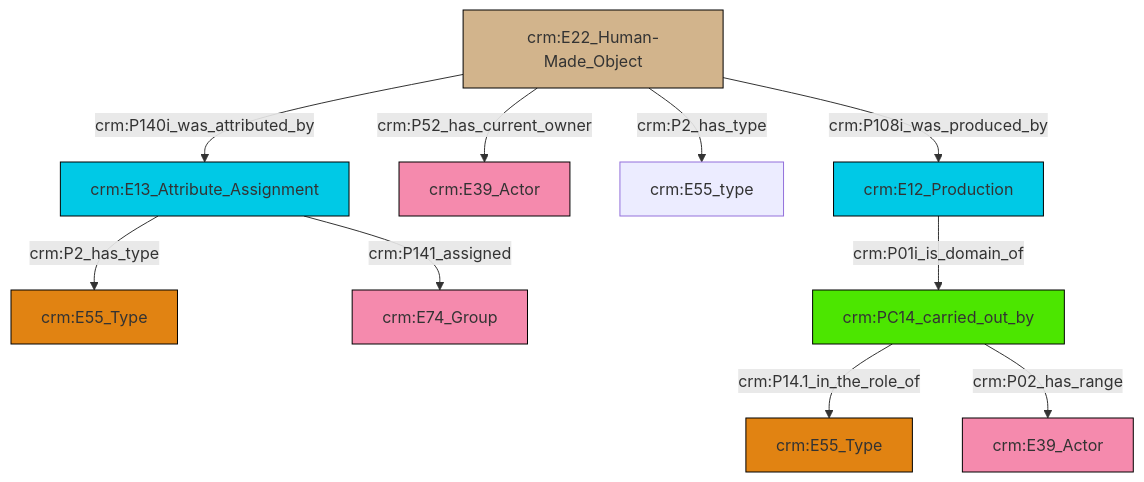
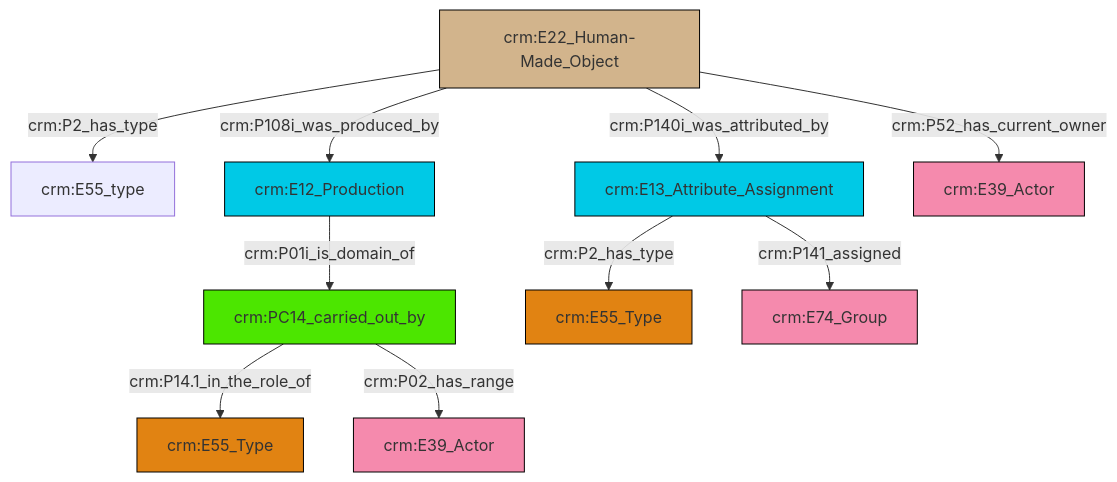
The diagram in et/builtWorkCSV/ttl/mmd/Built_Work_actor_relations.ttl.mmd (swiss-art-research-net/reference-data-models), drawn with Mermaid before and after one commit. The commit also changed 126 other files, not shown here.

```diff
--- a/et/builtWorkCSV/ttl/mmd/Built_Work_actor_relations.ttl.mmd
+++ b/et/builtWorkCSV/ttl/mmd/Built_Work_actor_relations.ttl.mmd
@@ -1,24 +1,24 @@
 graph TD
 classDef Literal fill:#f2f2f2,stroke:#000000;
 classDef CRM_Entity fill:#FFFFFF,stroke:#000000;
 classDef Temporal_Entity fill:#00C9E6, stroke:#000000;
 classDef Type fill:#E18312, stroke:#000000;
 classDef Time-Span fill:#2C9C91, stroke:#000000;
 classDef Appellation fill:#FFEB7F, stroke:#000000;
 classDef Place fill:#008836, stroke:#000000;
 classDef Persistent_Item fill:#B266B2, stroke:#000000;
 classDef Conceptual_Object fill:#FFD700, stroke:#000000;
 classDef Physical_Thing fill:#D2B48C, stroke:#000000;
 classDef Actor fill:#f58aad, stroke:#000000;
 classDef PC_Classes fill:#4ce600, stroke:#000000;
 classDef Multi fill:#cccccc,stroke:#000000;
 
-0["crm:E13_Attribute_Assignment"]:::Temporal_Entity -->|crm:P2_has_type| 1["crm:E55_Type"]:::Type
-2["crm:E22_Human-Made_Object"]:::Physical_Thing -->|crm:P140i_was_attributed_by| 0["crm:E13_Attribute_Assignment"]:::Temporal_Entity
-2["crm:E22_Human-Made_Object"]:::Physical_Thing -->|crm:P52_has_current_owner| 3["crm:E39_Actor"]:::Actor
-0["crm:E13_Attribute_Assignment"]:::Temporal_Entity -->|crm:P141_assigned| 4["crm:E74_Group"]:::Actor
-5["crm:PC14_carried_out_by"]:::PC_Classes -->|crm:P14.1_in_the_role_of| 6["crm:E55_Type"]:::Type
-2["crm:E22_Human-Made_Object"]:::Physical_Thing -->|crm:P2_has_type| 7["crm:E55_type"]:::Default
-10["crm:E12_Production"]:::Temporal_Entity -->|crm:P01i_is_domain_of| 5["crm:PC14_carried_out_by"]:::PC_Classes
-2["crm:E22_Human-Made_Object"]:::Physical_Thing -->|crm:P108i_was_produced_by| 10["crm:E12_Production"]:::Temporal_Entity
-5["crm:PC14_carried_out_by"]:::PC_Classes -->|crm:P02_has_range| 19["crm:E39_Actor"]:::Actor
+4["crm:E13_Attribute_Assignment"]:::Temporal_Entity -->|crm:P2_has_type| 5["crm:E55_Type"]:::Type
+0["crm:PC14_carried_out_by"]:::PC_Classes -->|crm:P14.1_in_the_role_of| 12["crm:E55_Type"]:::Type
+13["crm:E22_Human-Made_Object"]:::Physical_Thing -->|crm:P140i_was_attributed_by| 4["crm:E13_Attribute_Assignment"]:::Temporal_Entity
+13["crm:E22_Human-Made_Object"]:::Physical_Thing -->|crm:P52_has_current_owner| 14["crm:E39_Actor"]:::Actor
+13["crm:E22_Human-Made_Object"]:::Physical_Thing -->|crm:P108i_was_produced_by| 10["crm:E12_Production"]:::Temporal_Entity
+13["crm:E22_Human-Made_Object"]:::Physical_Thing -->|crm:P2_has_type| 2["crm:E55_type"]:::Default
+0["crm:PC14_carried_out_by"]:::PC_Classes -->|crm:P02_has_range| 7["crm:E39_Actor"]:::Actor
+4["crm:E13_Attribute_Assignment"]:::Temporal_Entity -->|crm:P141_assigned| 17["crm:E74_Group"]:::Actor
+10["crm:E12_Production"]:::Temporal_Entity -->|crm:P01i_is_domain_of| 0["crm:PC14_carried_out_by"]:::PC_Classes
```
